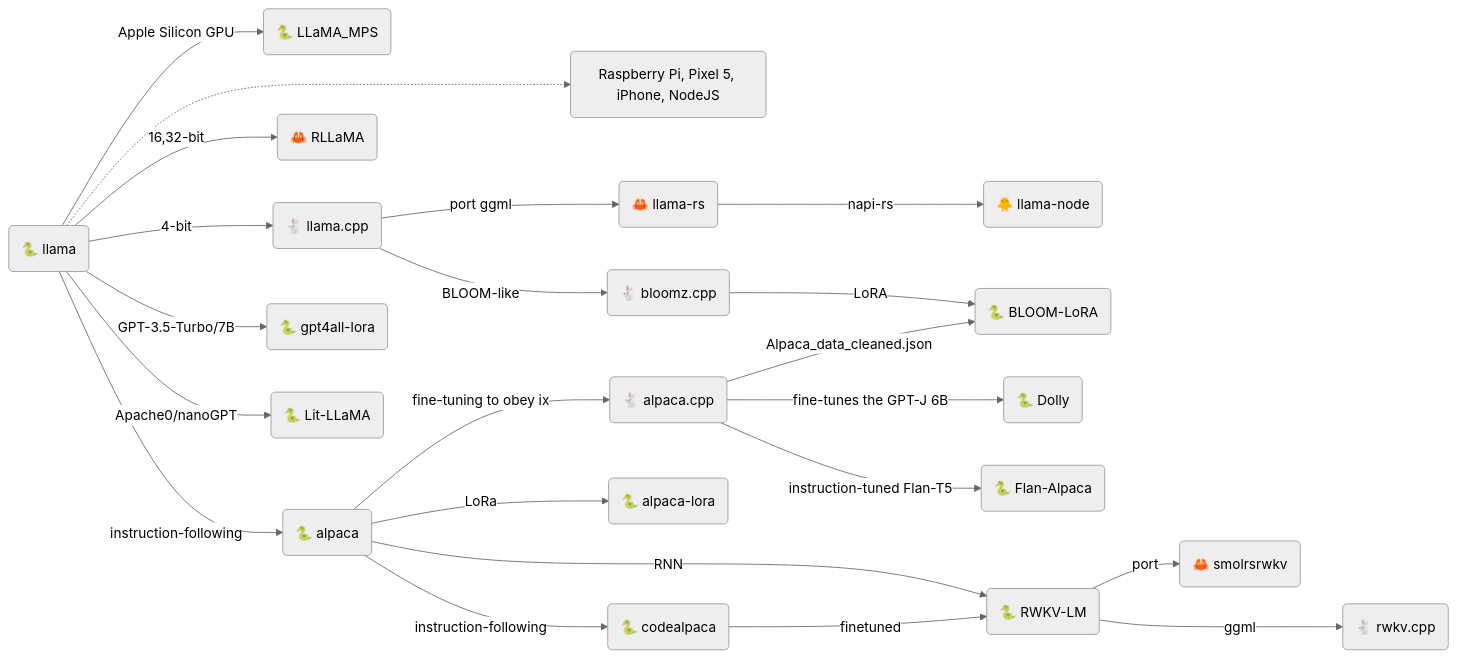
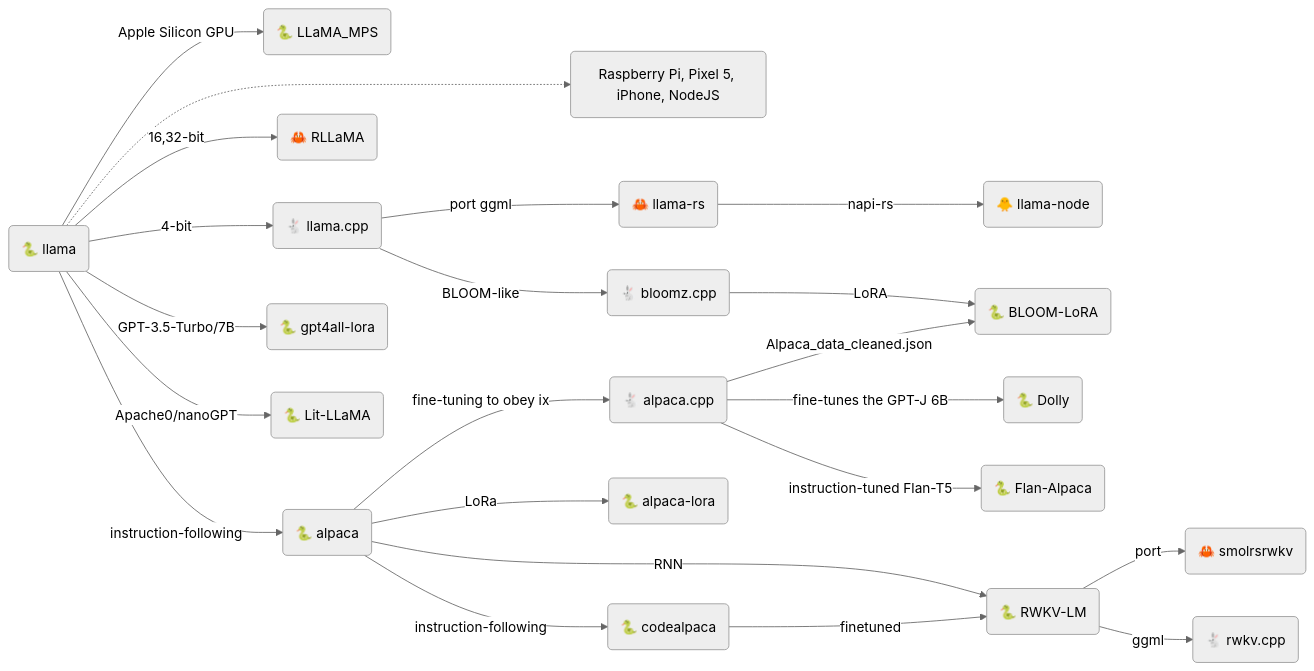
One commit to gist-rs/book changed the second of 4 diagrams in src/ml/llama.md. Above: the diagram before and after it, drawn with Mermaid (neutral theme).

Commit message:
fix: long line

````diff
--- a/src/ml/llama.md
+++ b/src/ml/llama.md
@@ -35,23 +35,23 @@
 ```mermaid
 graph LR;
 A --Apple Silicon GPU--> AA("🐍 LLaMA_MPS")
 A -..-> AAA("Raspberry Pi, Pixel 5, iPhone, NodeJS")
 A("🐍 llama") --"4-bit"--> B("🐇 llama.cpp")
 B --port ggml--> C("🦀 llama-rs")
 A --"16,32-bit"--> CC("🦀 RLLaMA")
 C --"napi-rs"--> I("🐥 llama-node")
 E --"fine-tuning to obey ix"--> D("🐇 alpaca.cpp")
 E --instruction-following--> H("🐍 codealpaca")
 A --instruction-following--> E("🐍 alpaca") --LoRa--> F("🐍 alpaca-lora")
 B --BLOOM-like--> BB("🐇 bloomz.cpp")
 BB --LoRA--> DDDD("🐍 BLOOM-LoRA")
 D --"fine-tunes the GPT-J 6B"--> DD("🐍 Dolly")
 D --"instruction-tuned Flan-T5"--> DDD("🐍 Flan-Alpaca")
 D --Alpaca_data_cleaned.json--> DDDD
 E --RNN-->EE("🐍 RWKV-LM")
 H --finetuned--> EE
 EE("🐍 RWKV-LM") --port--> EEE("🦀 smolrsrwkv")
-EE --ggml---> EEEE("🐇 rwkv.cpp")
+EE --ggml--> EEEE("🐇 rwkv.cpp")
 A --"GPT-3.5-Turbo/7B"--> FF("🐍 gpt4all-lora")
 A --"Apache0/nanoGPT"--> AAAA("🐍 Lit-LLaMA")
 ```
````
